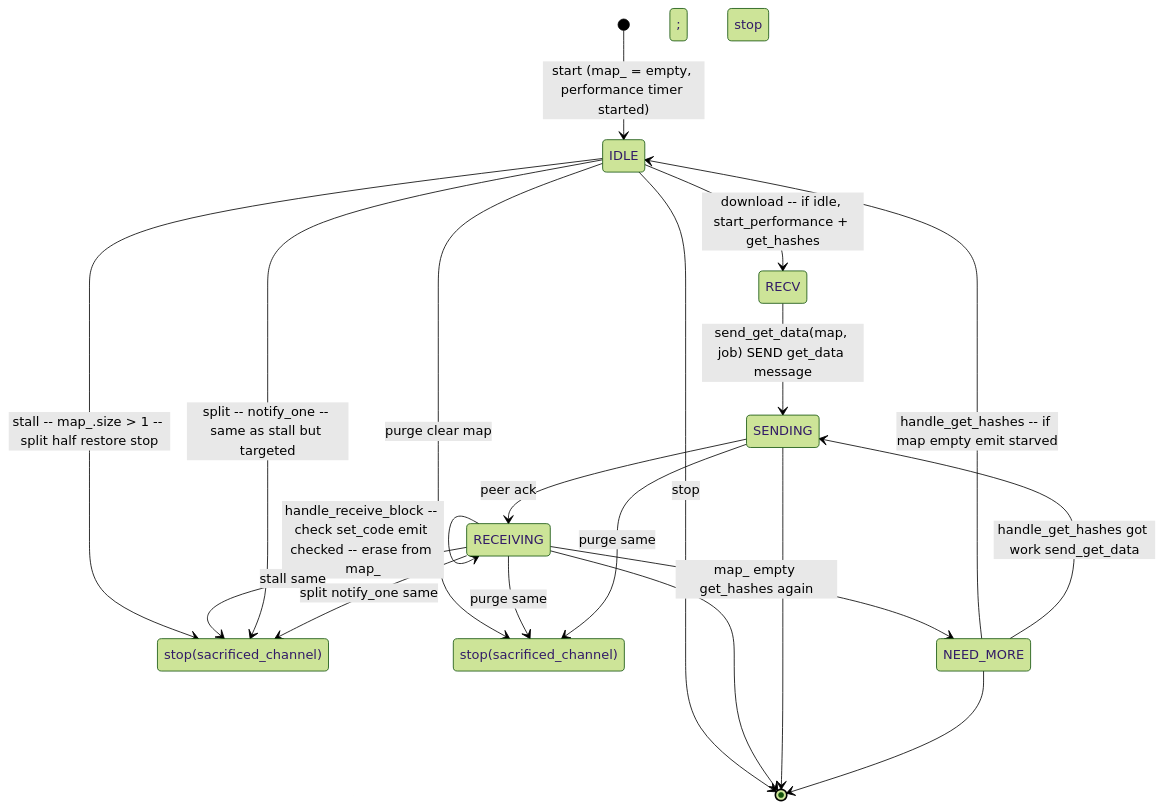
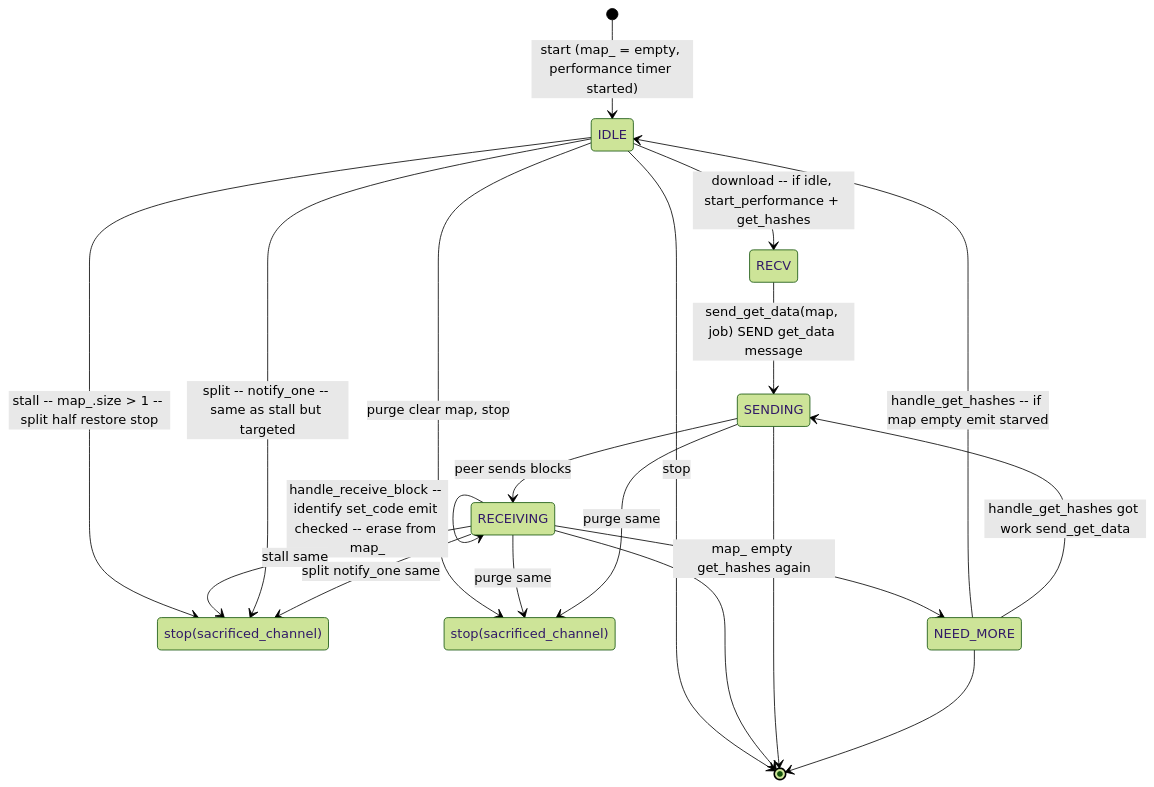
The fourth of 6 diagrams in architecture/md/06-sessions-and-protocols.md (libbitcoin/libbitcoin.github.io), drawn with Mermaid (forest theme) before and after one commit. The commit also changed other lines of this file and 31 other files, not shown here.

Commit message:
Add the node architecture pages.

````diff
--- a/architecture/md/06-sessions-and-protocols.md
+++ b/architecture/md/06-sessions-and-protocols.md
@@ -448,28 +426,28 @@
 ```mermaid
 stateDiagram-v2
     [*] --> IDLE: start (map_ = empty, performance timer started)
 
     IDLE --> RECV: download -- if idle, start_performance + get_hashes
     RECV --> SENDING: send_get_data(map, job) SEND get_data message
-    SENDING --> RECEIVING: peer ack
-    RECEIVING --> RECEIVING: handle_receive_block -- check set_code emit checked -- erase from map_
+    SENDING --> RECEIVING: peer sends blocks
+    RECEIVING --> RECEIVING: handle_receive_block -- identify set_code emit checked -- erase from map_
     RECEIVING --> NEED_MORE: map_ empty get_hashes again
     NEED_MORE --> IDLE: handle_get_hashes -- if map empty emit starved
     NEED_MORE --> SENDING: handle_get_hashes got work send_get_data
 
     IDLE --> SPLIT_OFF: stall -- map_.size > 1 -- split half restore stop
     RECEIVING --> SPLIT_OFF: stall same
     IDLE --> SPLIT_OFF: split -- notify_one -- same as stall but targeted
     RECEIVING --> SPLIT_OFF: split notify_one same
     SPLIT_OFF: stop(sacrificed_channel)
 
-    IDLE --> PURGED: purge clear map; stop
+    IDLE --> PURGED: purge clear map, stop
     RECEIVING --> PURGED: purge same
     SENDING --> PURGED: purge same
     PURGED: stop(sacrificed_channel)
 
     IDLE --> [*]: stop
     RECEIVING --> [*]
     SENDING --> [*]
     NEED_MORE --> [*]
 ```
````
